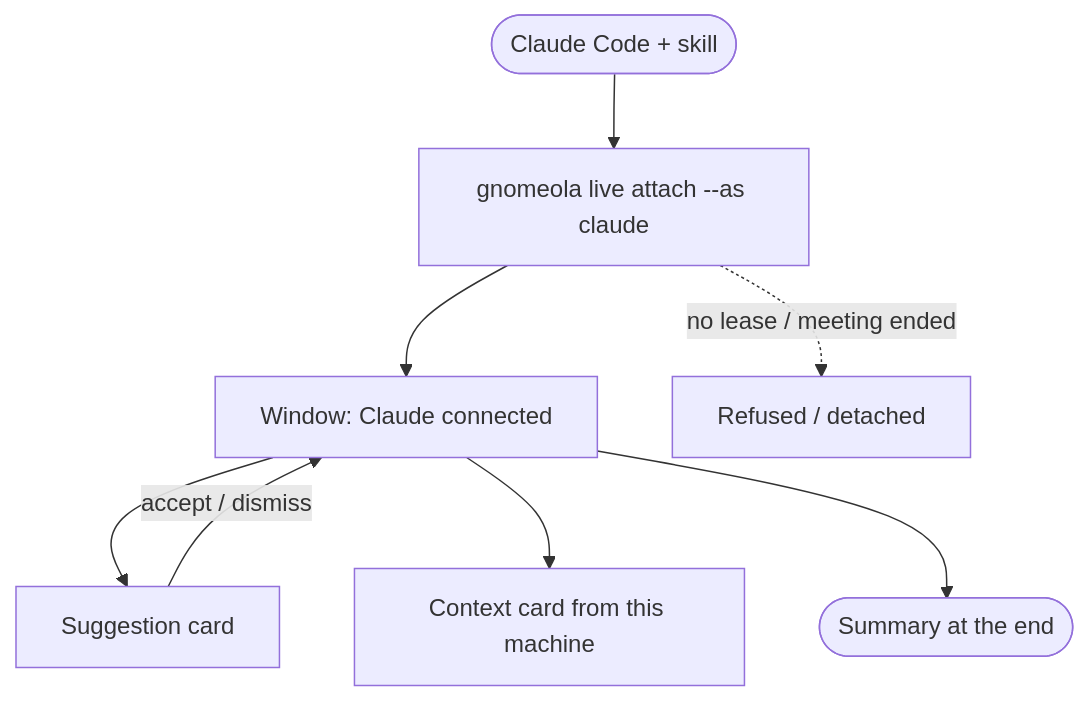
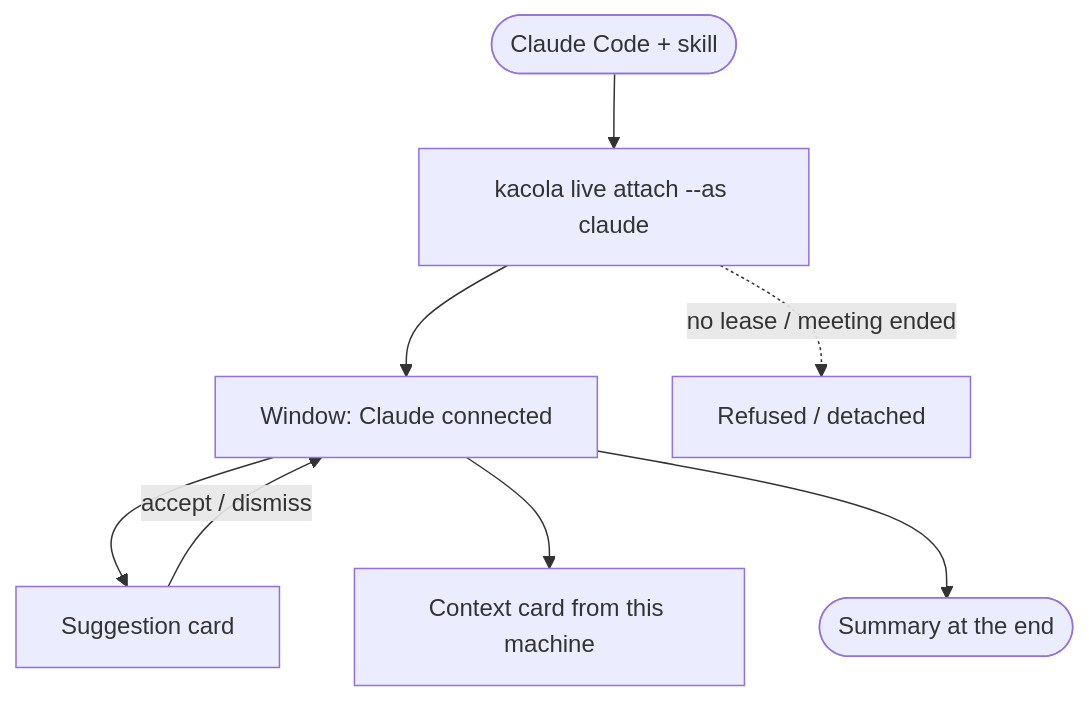
One commit to Kacper-Lubisz/kacola changed diagram 29 of 44 in docs/user-stories.md. Above: the diagram before and after it, drawn with Mermaid. The commit also changed other lines of this file and 676 other files, not shown here.

First line of the commit message:
Rename gnomeola to kacola: packages, commands, ids, env vars, paths and text

````diff
--- a/docs/user-stories.md
+++ b/docs/user-stories.md
@@ -757,14 +757,14 @@
 ```mermaid
 flowchart TD
-  A([Claude Code + skill]) --> B[gnomeola live attach --as claude]
+  A([Claude Code + skill]) --> B[kacola live attach --as claude]
   B --> C[Window: Claude connected]
   C --> D[Suggestion card]
   C --> E[Context card from this machine]
   D -->|accept / dismiss| C
   B -.no lease / meeting ended.-> X[Refused / detached]
   C --> F([Summary at the end])
   %% shot: B = byo-agent__cli__live-attach
   %% shot: C = byo-agent__attach__connected
   %% shot: D = byo-agent__suggest__card
   %% shot: E = byo-agent__context__card
 ```
````
